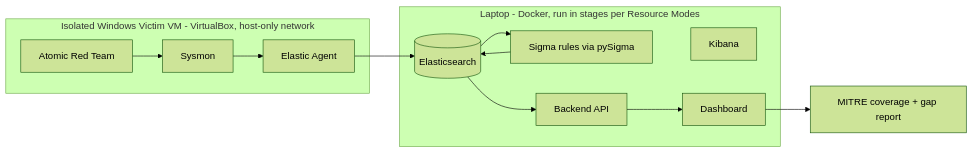
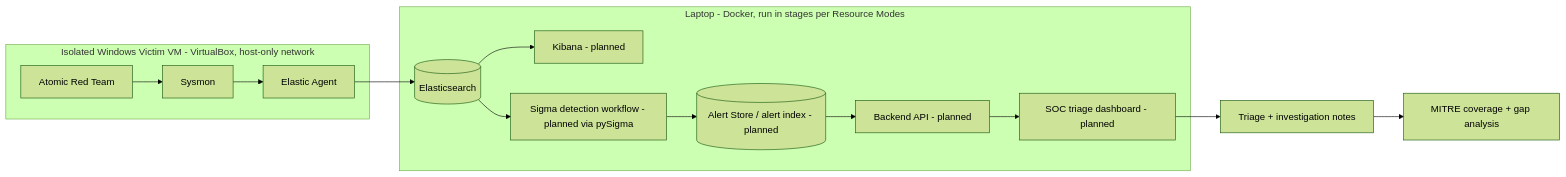
The diagram in README.md (KhairBeos/aegis-vanguard), drawn with Mermaid (forest theme) before and after one commit. The commit also changed other lines of this file and 551 other files, not shown here.

````diff
--- a/README.md
+++ b/README.md
@@ -38,20 +55,26 @@
 ```mermaid
 flowchart LR
   subgraph victim[Isolated Windows Victim VM - VirtualBox, host-only network]
     atomic[Atomic Red Team]
     sysmon[Sysmon]
     agent[Elastic Agent]
   end
 
   subgraph host[Laptop - Docker, run in stages per Resource Modes]
     es[(Elasticsearch)]
-    kibana[Kibana]
-    sigma[Sigma rules via pySigma]
-    api[Backend API]
-    dashboard[Dashboard]
+    kibana[Kibana - planned]
+    sigma[Sigma detection workflow - planned via pySigma]
+    alerts[(Alert Store / alert index - planned)]
+    api[Backend API - planned]
+    dashboard[SOC triage dashboard - planned]
   end
 
   atomic --> sysmon --> agent --> es
-  es --> sigma --> es
-  es --> api --> dashboard --> report[MITRE coverage + gap report]
+  es --> kibana
+  es --> sigma
+  sigma --> alerts
+  alerts --> api
+  api --> dashboard
+  dashboard --> triage[Triage + investigation notes]
+  triage --> report[MITRE coverage + gap analysis]
 ```
````
